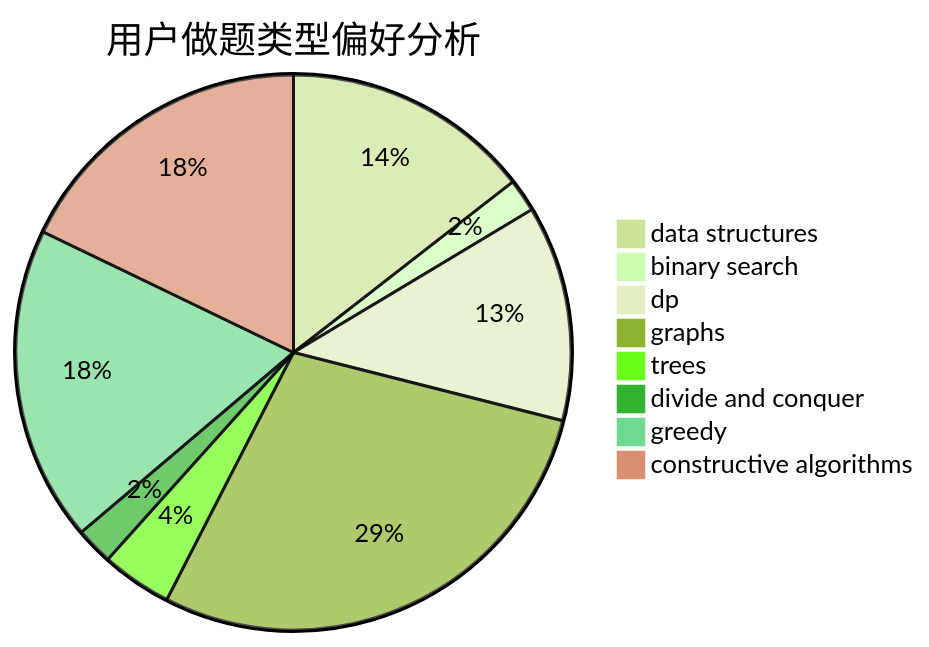
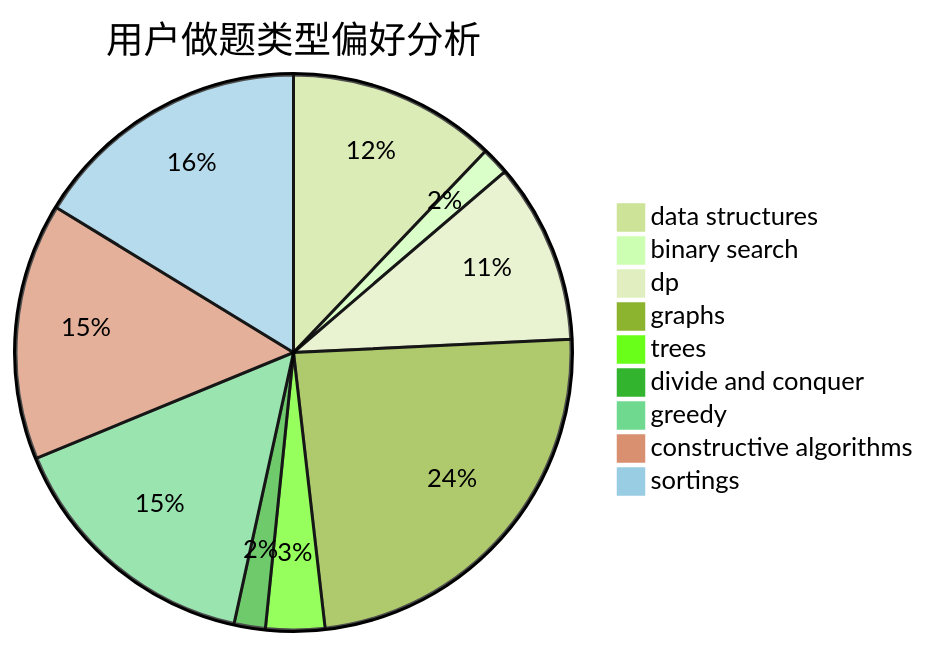
Before and after one commit to sherpahu/cfrs.github.io: the second of 3 diagrams in docs/user/u378.md, drawn with Mermaid (forest theme). The commit also changed other lines of this file and 2769 other files, not shown here.

````diff
--- a/docs/user/u378.md
+++ b/docs/user/u378.md
@@ -23,11 +18,12 @@
 ```mermaid
 pie title 用户做题类型偏好分析
     "data structures" :  120
     "binary search" :  16
     "dp" :  104
     "graphs" :  237
     "trees" :  34
     "divide and conquer" :  18
     "greedy" :  152
     "constructive algorithms" :  148
+    "sortings" :  161
 ```
````
